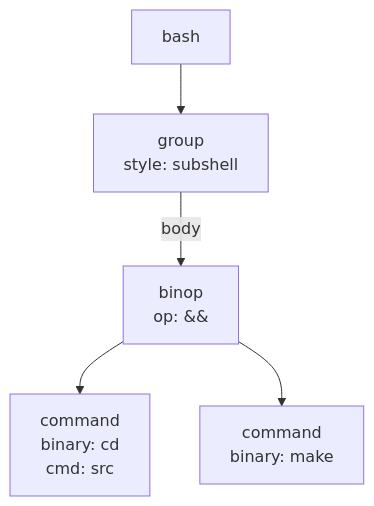
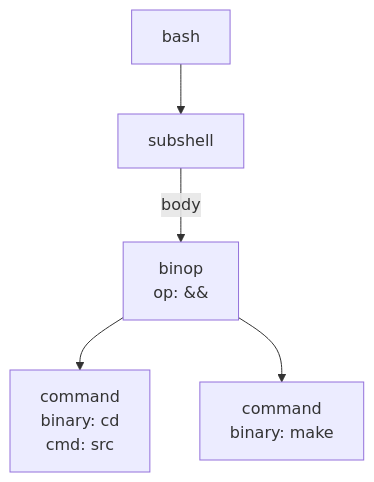
One commit to ashleydavis/expressive-permissions changed the diagram in examples/ast/subshell/index.md. Above: the diagram before and after it, drawn with Mermaid. The commit also changed 433 other files, not shown here.

````diff
--- a/examples/ast/subshell/index.md
+++ b/examples/ast/subshell/index.md
@@ -11,12 +11,12 @@
 ```mermaid
 graph TD
   n0["bash"]
-  n1["group<br/>style: subshell"]
+  n1["subshell"]
   n2["binop<br/>op: &amp;&amp;"]
   n3["command<br/>binary: cd<br/>cmd: src"]
   n2 --> n3
   n4["command<br/>binary: make"]
   n2 --> n4
   n1 -->|body| n2
   n0 --> n1
 ```
````
